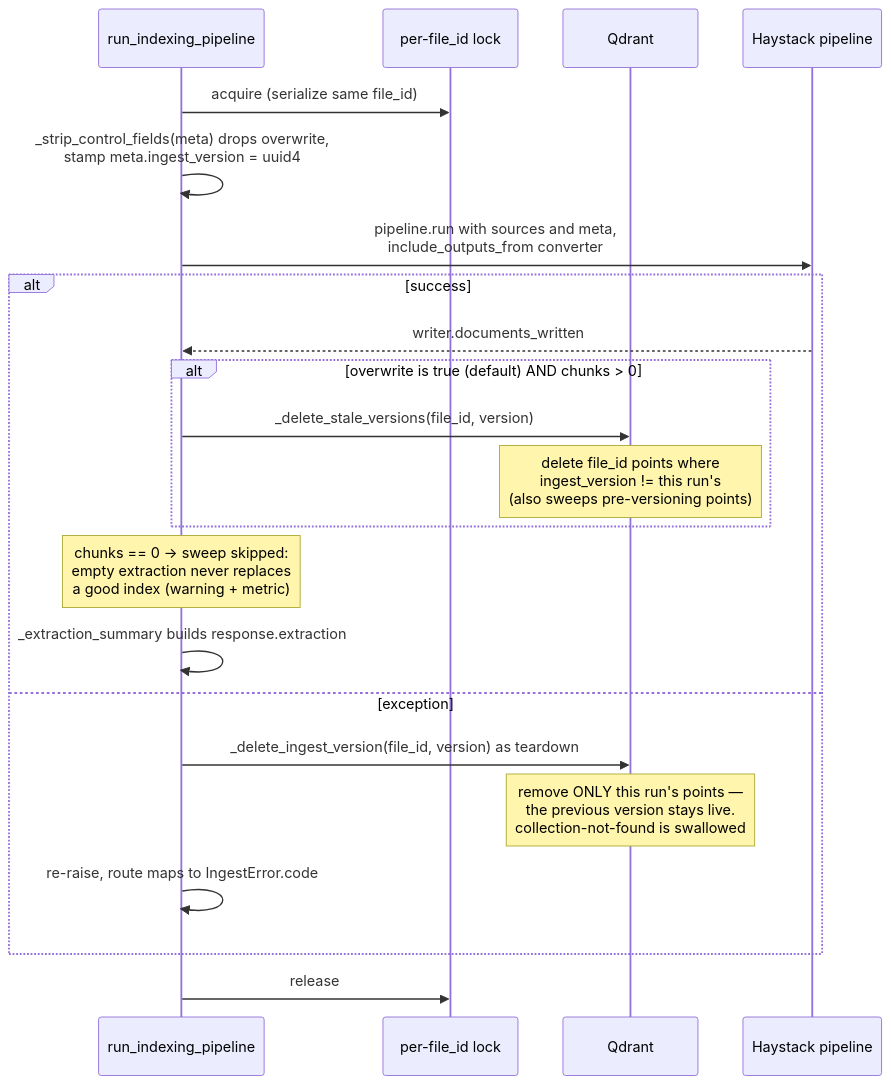
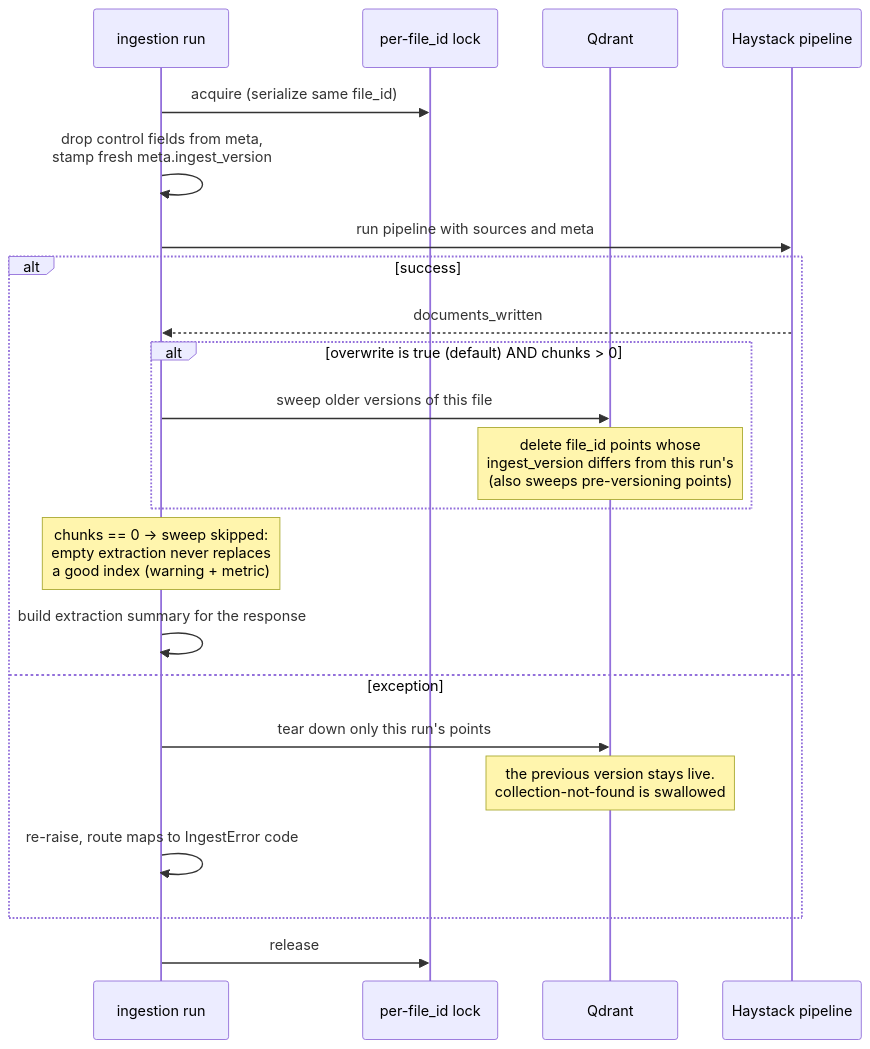
Before and after one commit to AarhusAI/ingestion-service: the fifth of 5 diagrams in docs/data-flow.md, drawn with Mermaid. The commit also changed other lines of this file, not shown here.

Commit message:
Update data flow

````diff
--- a/docs/data-flow.md
+++ b/docs/data-flow.md
@@ -271,25 +247,25 @@
 ```mermaid
 sequenceDiagram
-    participant R as run_indexing_pipeline
+    participant R as ingestion run
     participant L as per-file_id lock
     participant Q as Qdrant
     participant P as Haystack pipeline
 
     R->>L: acquire (serialize same file_id)
-    R->>R: _strip_control_fields(meta) drops overwrite,<br/>stamp meta.ingest_version = uuid4
-    R->>P: pipeline.run with sources and meta,<br/>include_outputs_from converter
+    R->>R: drop control fields from meta,<br/>stamp fresh meta.ingest_version
+    R->>P: run pipeline with sources and meta
     alt success
-        P-->>R: writer.documents_written
+        P-->>R: documents_written
         alt overwrite is true (default) AND chunks > 0
-            R->>Q: _delete_stale_versions(file_id, version)
-            Note over Q: delete file_id points where<br/>ingest_version != this run's<br/>(also sweeps pre-versioning points)
+            R->>Q: sweep older versions of this file
+            Note over Q: delete file_id points whose<br/>ingest_version differs from this run's<br/>(also sweeps pre-versioning points)
         end
         Note over R: chunks == 0 → sweep skipped:<br/>empty extraction never replaces<br/>a good index (warning + metric)
-        R->>R: _extraction_summary builds response.extraction
+        R->>R: build extraction summary for the response
     else exception
-        R->>Q: _delete_ingest_version(file_id, version) as teardown
-        Note over Q: remove ONLY this run's points —<br/>the previous version stays live.<br/>collection-not-found is swallowed
-        R->>R: re-raise, route maps to IngestError.code
+        R->>Q: tear down only this run's points
+        Note over Q: the previous version stays live.<br/>collection-not-found is swallowed
+        R->>R: re-raise, route maps to IngestError code
     end
     R->>L: release
 ```
````
